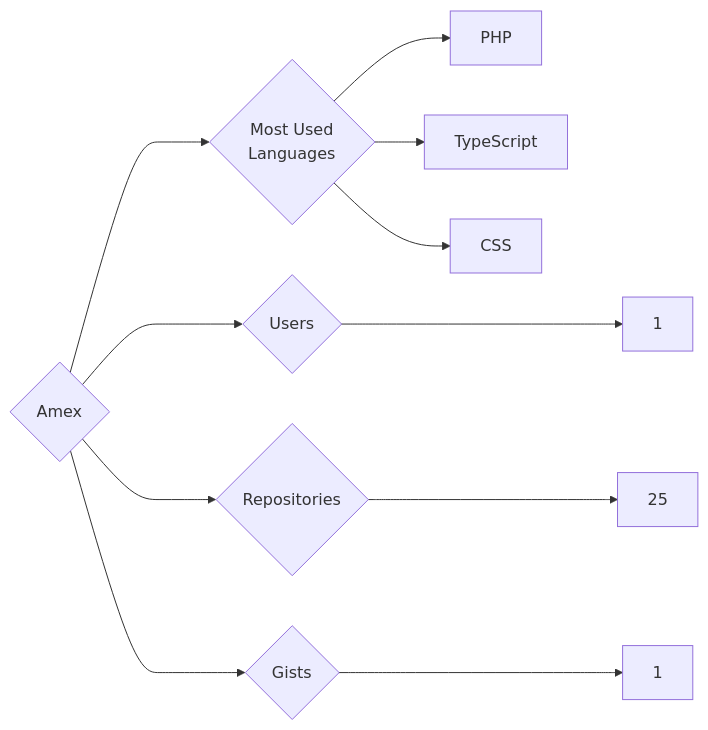
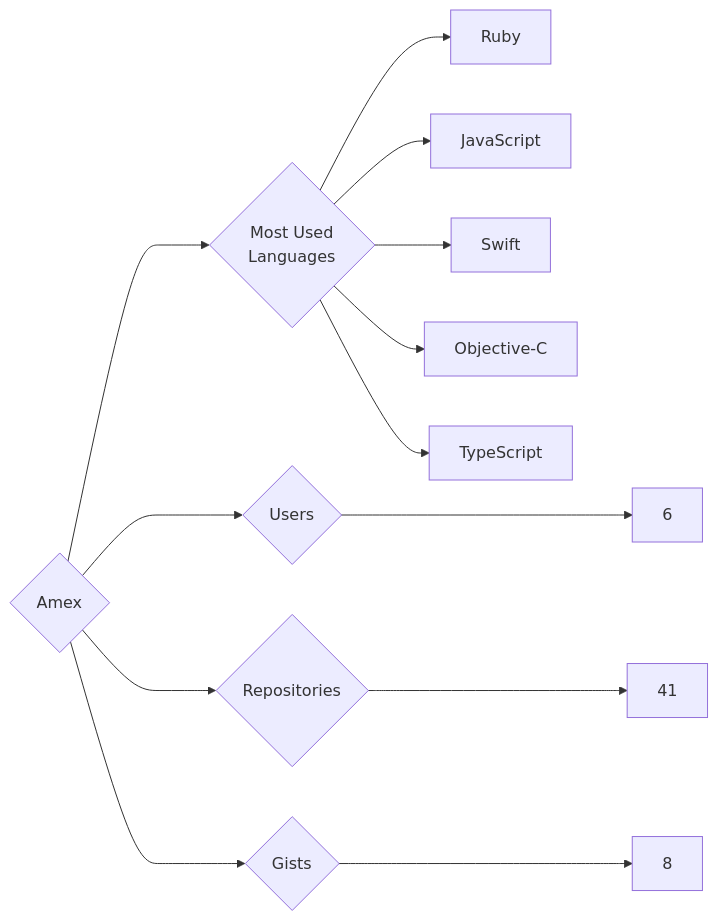
One commit to trickest/insiders changed the diagram in targets/Amex/README.md. Above: the diagram before and after it, drawn with Mermaid. The commit also changed 916 other files, not shown here.

````diff
--- a/targets/Amex/README.md
+++ b/targets/Amex/README.md
@@ -3,11 +3,13 @@
 ```mermaid
 graph LR
 COMPANY_NAME{Amex}
-COMPANY_NAME ---> U{Users} ---> UN[1]
-COMPANY_NAME ---> R{Repositories} ---> RN[25]
-COMPANY_NAME ---> G{Gists} ---> GN[1]
+COMPANY_NAME ---> U{Users} ---> UN[6]
+COMPANY_NAME ---> R{Repositories} ---> RN[41]
+COMPANY_NAME ---> G{Gists} ---> GN[8]
 COMPANY_NAME ---> ML{Most Used<br>Languages}
-ML --> PHP[PHP]
+ML --> Ruby[Ruby]
+ML --> JavaScript[JavaScript]
+ML --> Swift[Swift]
+ML --> Objective-C[Objective-C]
 ML --> TypeScript[TypeScript]
-ML --> CSS[CSS]
 ```
````
